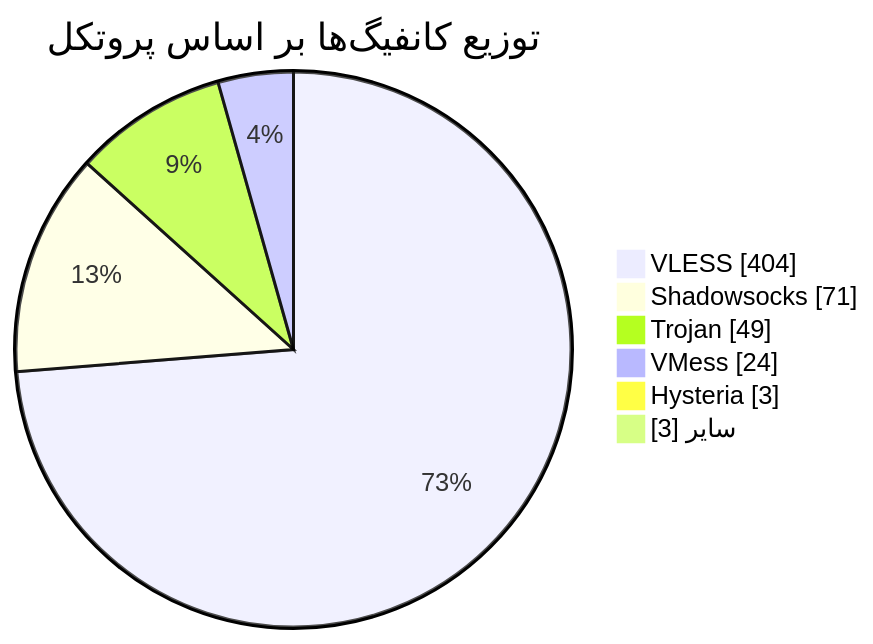
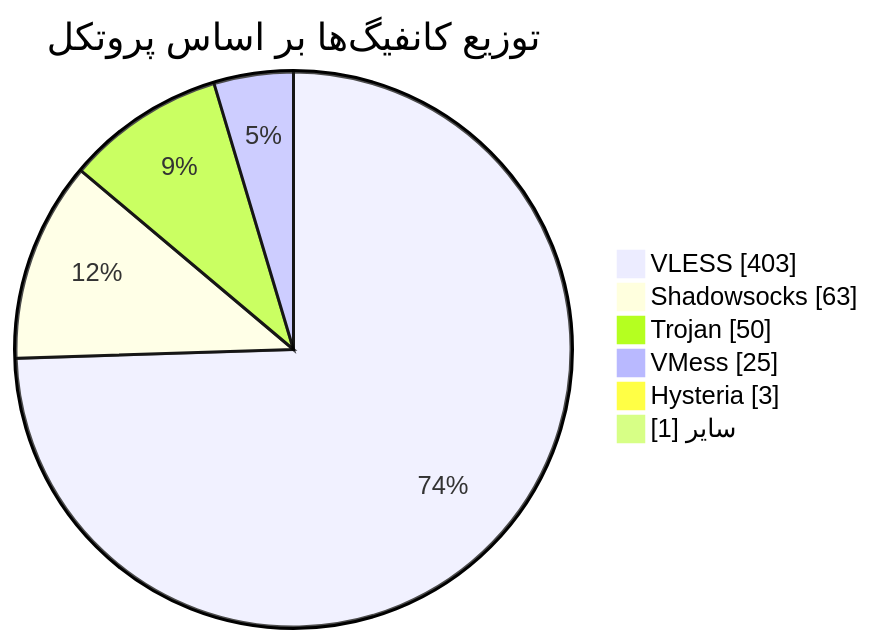
The diagram in README.md (Arian-Alijani/Somthing), drawn with Mermaid before and after one commit. The commit also changed other lines of this file and 71 other files, not shown here.

````diff
--- a/README.md
+++ b/README.md
@@ -48,10 +48,10 @@
 ```mermaid
 pie showData
     title توزیع کانفیگ‌ها بر اساس پروتکل
-    "VLESS" : 404
-    "Shadowsocks" : 71
-    "Trojan" : 49
-    "VMess" : 24
+    "VLESS" : 403
+    "Shadowsocks" : 63
+    "Trojan" : 50
+    "VMess" : 25
     "Hysteria" : 3
-    "سایر" : 3
+    "سایر" : 1
 ```
````
